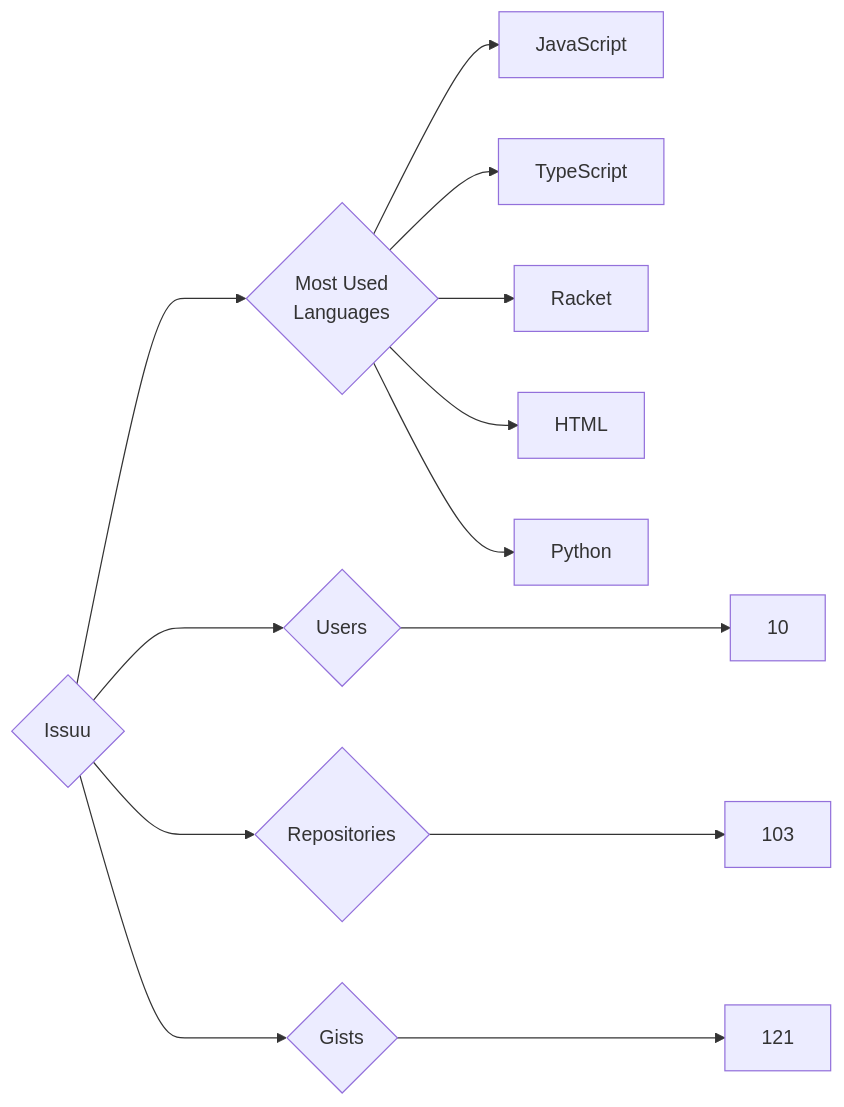
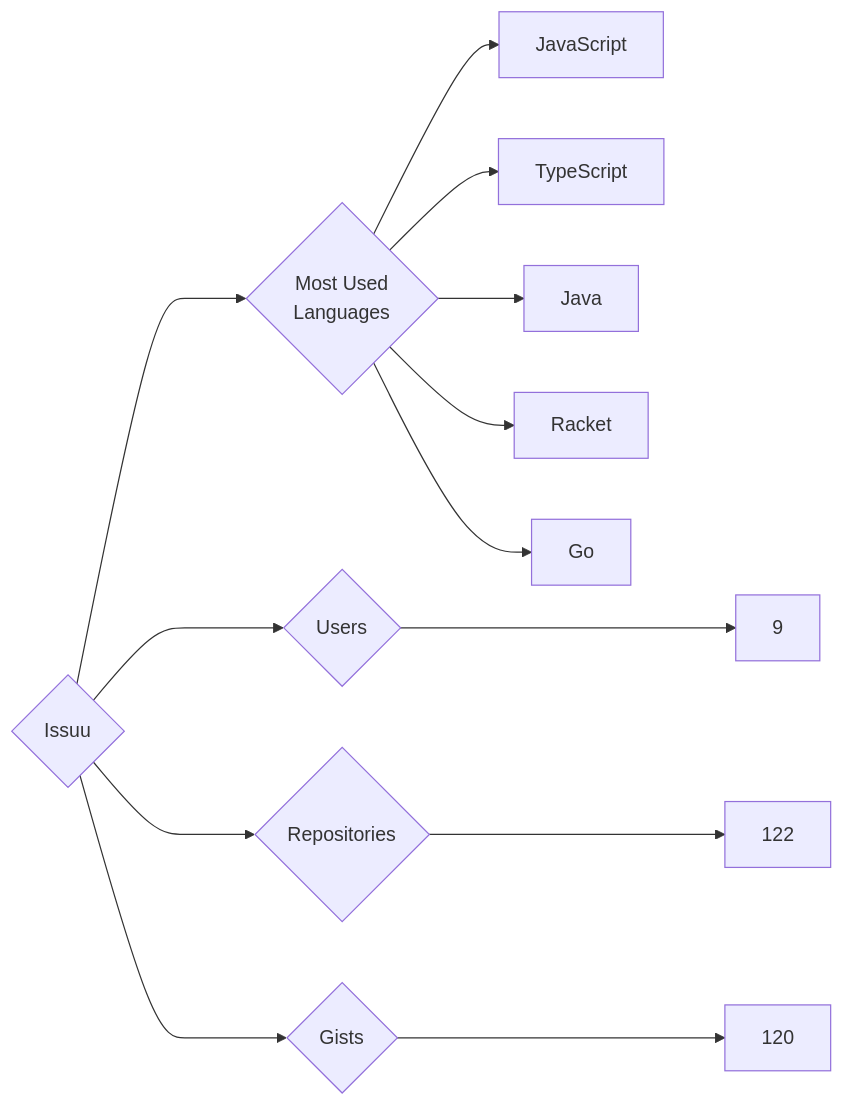
The diagram in targets/Issuu/README.md (trickest/insiders), drawn with Mermaid before and after one commit. The commit also changed 894 other files, not shown here.

````diff
--- a/targets/Issuu/README.md
+++ b/targets/Issuu/README.md
@@ -3,13 +3,13 @@
 ```mermaid
 graph LR
 COMPANY_NAME{Issuu}
-COMPANY_NAME ---> U{Users} ---> UN[10]
-COMPANY_NAME ---> R{Repositories} ---> RN[103]
-COMPANY_NAME ---> G{Gists} ---> GN[121]
+COMPANY_NAME ---> U{Users} ---> UN[9]
+COMPANY_NAME ---> R{Repositories} ---> RN[122]
+COMPANY_NAME ---> G{Gists} ---> GN[120]
 COMPANY_NAME ---> ML{Most Used<br>Languages}
 ML --> JavaScript[JavaScript]
 ML --> TypeScript[TypeScript]
+ML --> Java[Java]
 ML --> Racket[Racket]
-ML --> HTML[HTML]
-ML --> Python[Python]
+ML --> Go[Go]
 ```
````
